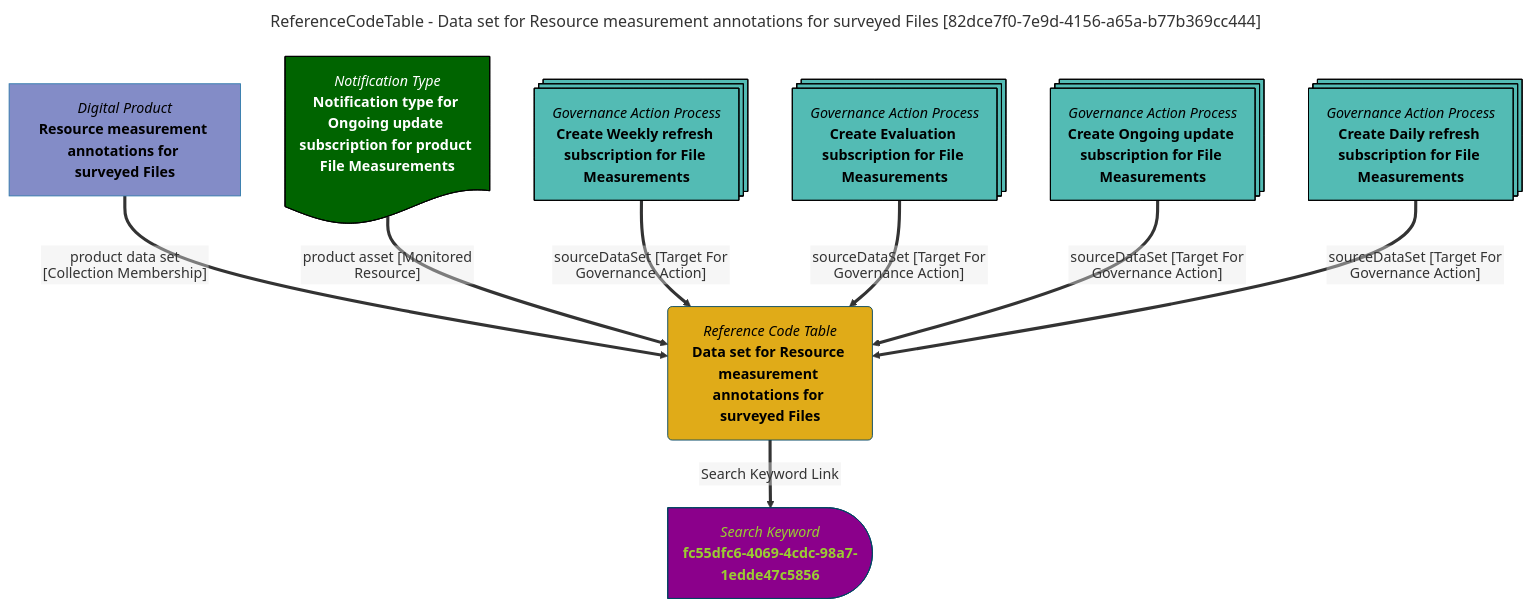
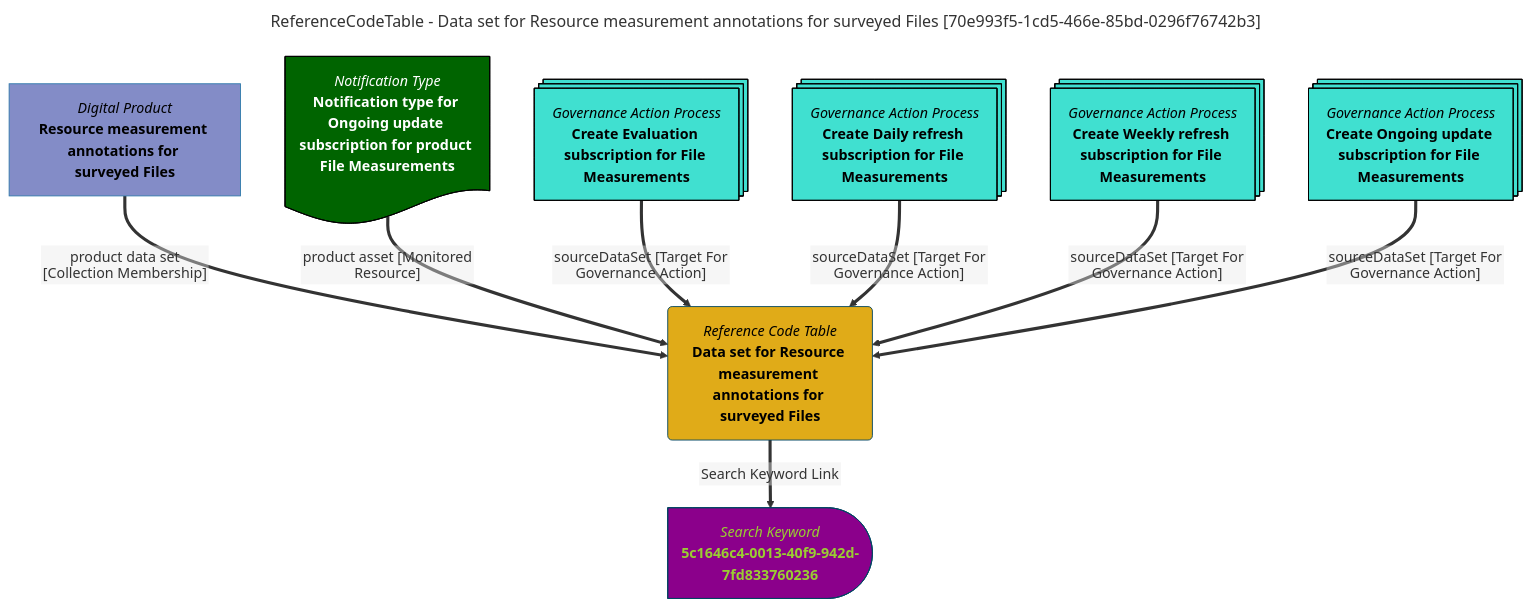
The diagram in site/snippets/data-assets/data-set-for-resource-measurement-annotations-for-surveyed-files-mermaid-graph.md (odpi/egeria-docs), drawn with Mermaid before and after one commit. The commit also changed 2201 other files, not shown here.

````diff
--- a/site/snippets/data-assets/data-set-for-resource-measurement-annotations-for-surveyed-files-mermaid-graph.md
+++ b/site/snippets/data-assets/data-set-for-resource-measurement-annotations-for-surveyed-files-mermaid-graph.md
@@ -1,39 +1,39 @@
 ```mermaid
 ---
-title: ReferenceCodeTable - Data set for Resource measurement annotations for surveyed Files [82dce7f0-7e9d-4156-a65a-b77b369cc444]
+title: ReferenceCodeTable - Data set for Resource measurement annotations for surveyed Files [70e993f5-1cd5-466e-85bd-0296f76742b3]
 ---
 flowchart TD
 %%{init: {"flowchart": {"htmlLabels": false}} }%%
 
 1@{ shape: rounded, label: "*Reference Code Table*
 **Data set for Resource measurement annotations for surveyed Files**"}
 2@{ shape: delay, label: "*Search Keyword*
-**fc55dfc6-4069-4cdc-98a7-1edde47c5856**"}
+**5c1646c4-0013-40f9-942d-7fd833760236**"}
 1==>|"Search Keyword Link"|2
 3@{ shape: rect, label: "*Digital Product*
 **Resource measurement annotations for surveyed Files**"}
 3==>|"product data set [Collection Membership]"|1
 4@{ shape: doc, label: "*Notification Type*
 **Notification type for Ongoing update subscription for product File Measurements**"}
 4==>|"product asset [Monitored Resource]"|1
 5@{ shape: processes, label: "*Governance Action Process*
-**Create Weekly refresh subscription for File Measurements**"}
+**Create Evaluation subscription for File Measurements**"}
 5==>|"sourceDataSet [Target For Governance Action]"|1
 6@{ shape: processes, label: "*Governance Action Process*
-**Create Evaluation subscription for File Measurements**"}
+**Create Daily refresh subscription for File Measurements**"}
 6==>|"sourceDataSet [Target For Governance Action]"|1
 7@{ shape: processes, label: "*Governance Action Process*
-**Create Ongoing update subscription for File Measurements**"}
+**Create Weekly refresh subscription for File Measurements**"}
 7==>|"sourceDataSet [Target For Governance Action]"|1
 8@{ shape: processes, label: "*Governance Action Process*
-**Create Daily refresh subscription for File Measurements**"}
+**Create Ongoing update subscription for File Measurements**"}
 8==>|"sourceDataSet [Target For Governance Action]"|1
 style 1 color:#000000, fill:#e0ab18, stroke:#004563
-style 2 color:#9acd32, fill:#8b008b, stroke:#004563
+style 2 color:#9ACD32, fill:#8B008B, stroke:#004563
 style 3 color:#000000, fill:#838cc7, stroke:#3079ab
 style 4 color:#FFFFFF, fill:#006400, stroke:#000000
-style 5 color:#000000, fill:#53bbb4, stroke:#000000
-style 6 color:#000000, fill:#53bbb4, stroke:#000000
-style 7 color:#000000, fill:#53bbb4, stroke:#000000
-style 8 color:#000000, fill:#53bbb4, stroke:#000000
+style 5 color:#000000, fill:#40E0D0, stroke:#000000
+style 6 color:#000000, fill:#40E0D0, stroke:#000000
+style 7 color:#000000, fill:#40E0D0, stroke:#000000
+style 8 color:#000000, fill:#40E0D0, stroke:#000000
 ```
````
